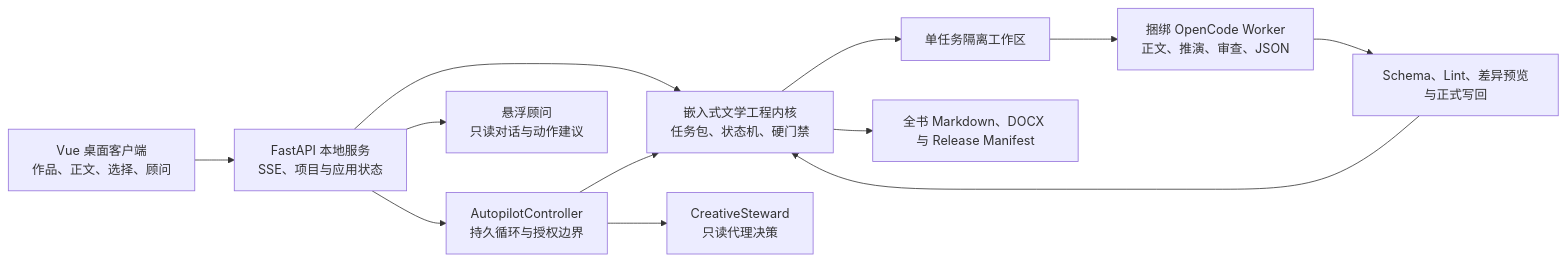
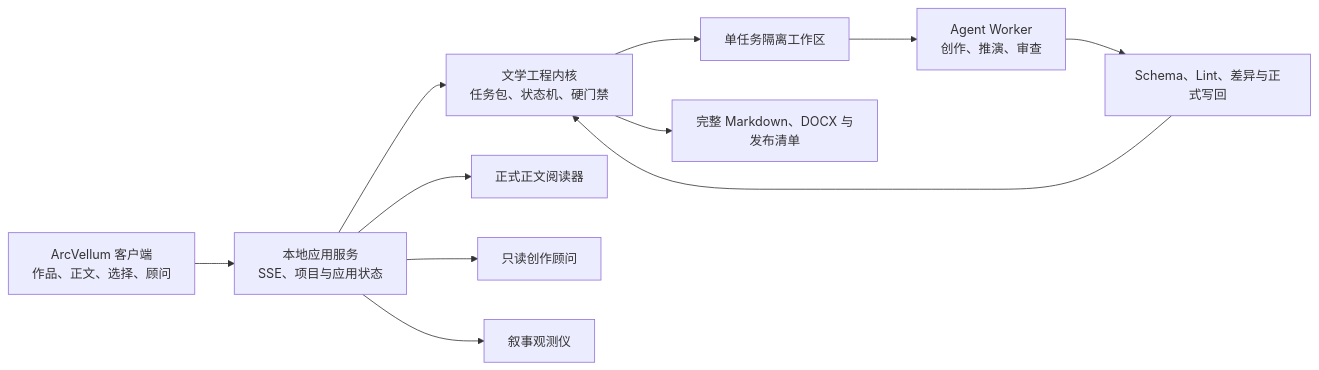
The diagram in README.md (o-1717986918/arcvellum), drawn with Mermaid before and after one commit. The commit also changed other lines of this file and 67 other files, not shown here.

Commit message:
release: ArcVellum v0.7 reader advisor observatory

````diff
--- a/README.md
+++ b/README.md
@@ -48,14 +48,13 @@
 ```mermaid
 flowchart LR
-    UI["Vue 桌面客户端\n作品、正文、选择、顾问"] --> API["FastAPI 本地服务\nSSE、项目与应用状态"]
-    API --> AUTO["AutopilotController\n持久循环与授权边界"]
-    API --> CORE["嵌入式文学工程内核\n任务包、状态机、硬门禁"]
-    AUTO --> CORE
+    UI["ArcVellum 客户端\n作品、正文、选择、顾问"] --> API["本地应用服务\nSSE、项目与应用状态"]
+    API --> CORE["文学工程内核\n任务包、状态机、硬门禁"]
     CORE --> BOX["单任务隔离工作区"]
-    BOX --> WORKER["捆绑 OpenCode Worker\n正文、推演、审查、JSON"]
-    AUTO --> STEWARD["CreativeSteward\n只读代理决策"]
-    API --> ADVISOR["悬浮顾问\n只读对话与动作建议"]
-    WORKER --> GATE["Schema、Lint、差异预览与正式写回"]
+    BOX --> WORKER["Agent Worker\n创作、推演、审查"]
+    WORKER --> GATE["Schema、Lint、差异与正式写回"]
     GATE --> CORE
-    CORE --> RELEASE["全书 Markdown、DOCX 与 Release Manifest"]
+    API --> READER["正式正文阅读器"]
+    API --> ADVISOR["只读创作顾问"]
+    API --> OBS["叙事观测仪"]
+    CORE --> RELEASE["完整 Markdown、DOCX 与发布清单"]
 ```
````
